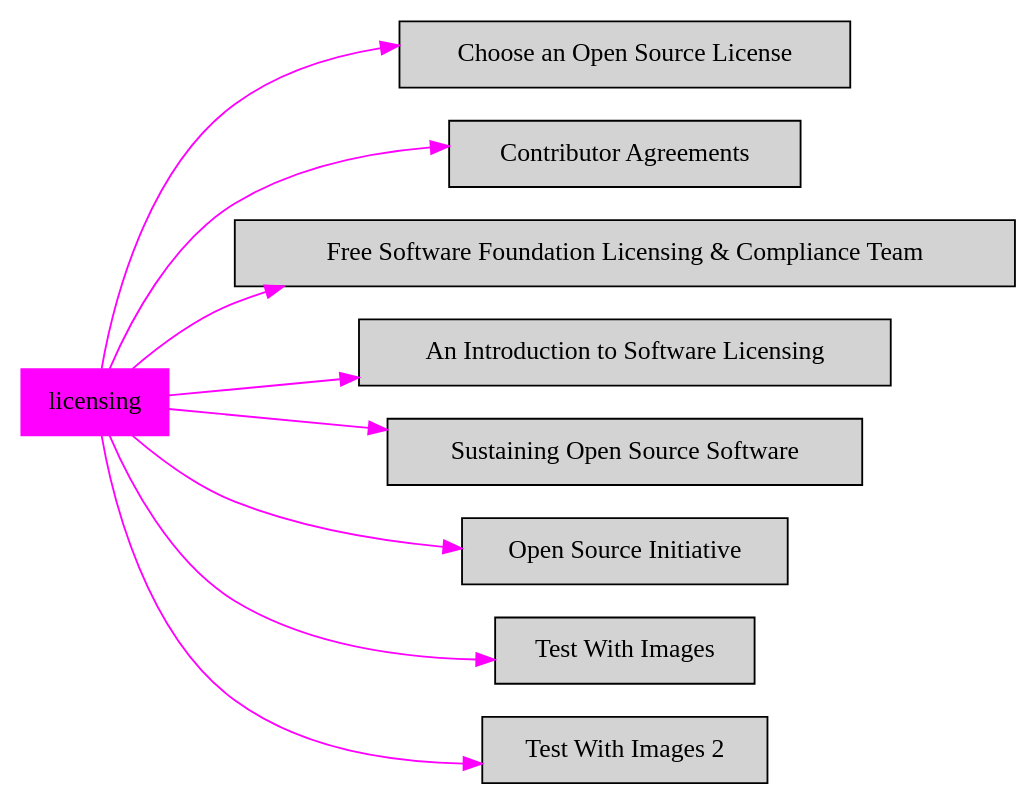
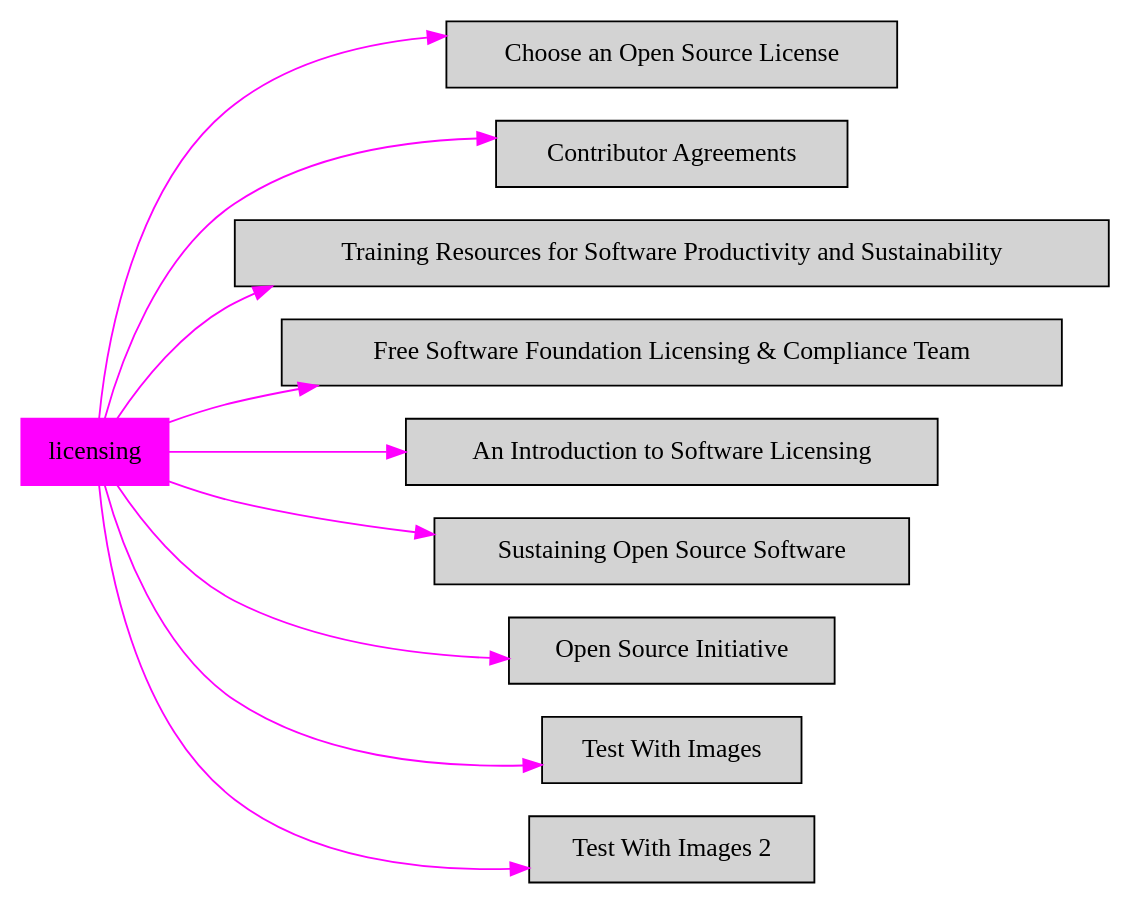
Before and after one commit to duongdo27/Dealii: the diagram in markdown/topic_licensing.dot, drawn with Graphviz. The commit also changed 15 other files, not shown here.

```diff
--- a/markdown/topic_licensing.dot
+++ b/markdown/topic_licensing.dot
@@ -1,23 +1,25 @@
 digraph bettersoftware {
             rankdir = LR;
             ratio = fill;
             node [style=filled];
             node [shape = box];
 "licensing" [colorscheme="svg" color="fuchsia"];
 "licensing" ->  "ChooseALicense.md" [colorscheme="svg" color="fuchsia"];
 "ChooseALicense.md" [label="Choose an Open Source License" URL="http://bss.parallactic.com/resources/choose-an-open-source-license"];
 "licensing" ->  "ContributorAgreements.md" [colorscheme="svg" color="fuchsia"];
 "ContributorAgreements.md" [label="Contributor Agreements" URL="http://bss.parallactic.com/resources/contributor-agreements"];
+"licensing" ->  "CseCollaborationThroughSoftwareImprovingProductivityAndSustainability.SIAM-CSE17.md" [colorscheme="svg" color="fuchsia"];
+"CseCollaborationThroughSoftwareImprovingProductivityAndSustainability.SIAM-CSE17.md" [label="Training Resources for Software Productivity and Sustainability" URL="http://bss.parallactic.com/resources/training-resources-for-software-productivity-and-sustainability"];
 "licensing" ->  "FSFLicensingAndComplianceTeam.md" [colorscheme="svg" color="fuchsia"];
 "FSFLicensingAndComplianceTeam.md" [label="Free Software Foundation Licensing & Compliance Team" URL="http://bss.parallactic.com/resources/free-software-foundation-licensing-compliance-team"]
 "licensing" ->  "IntroToSoftwareLicensing.md" [colorscheme="svg" color="fuchsia"];
 "IntroToSoftwareLicensing.md" [label="An Introduction to Software Licensing" URL="http://bss.parallactic.com/resources/an-introduction-to-software-licensing"];
 "licensing" ->  "OSSSustainabilityResources.md" [colorscheme="svg" color="fuchsia"];
 "OSSSustainabilityResources.md" [label="Sustaining Open Source Software" URL="http://bss.parallactic.com/resources/sustaining-open-source-software"];
 "licensing" ->  "OpenSourceInitiative.md" [colorscheme="svg" color="fuchsia"];
 "OpenSourceInitiative.md" [label="Open Source Initiative" URL="http://bss.parallactic.com/resources/open-source-initiative"];
 "licensing" ->  "TestImages.md" [colorscheme="svg" color="fuchsia"];
 "TestImages.md" [label="Test With Images" URL="http://bss.parallactic.com/resources/test-with-images"];
 "licensing" ->  "TestImages2.md" [colorscheme="svg" color="fuchsia"];
 "TestImages2.md" [label="Test With Images 2\n" URL="http://bss.parallactic.com/resources/test-with-images-2 "];
 }
```
